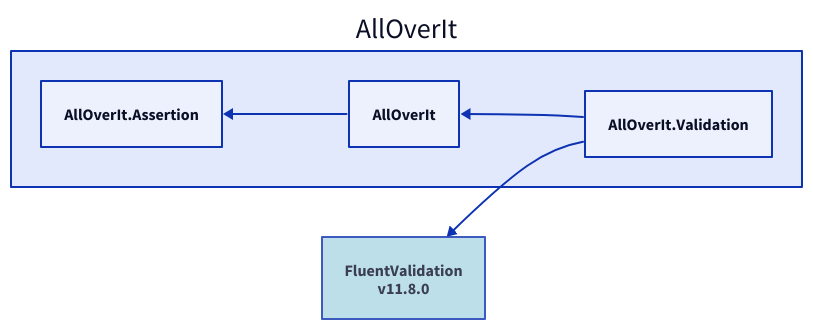
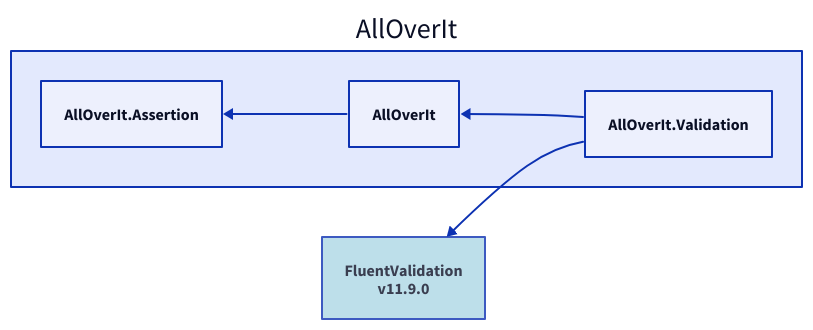
Before and after one commit to mjfreelancing/AllOverIt: the diagram in Docs/Reference/Content/images/dependencies/net8.0/alloverit-validation.d2, drawn with D2. The commit also changed 56 other files, not shown here.

```diff
--- a/Docs/Reference/Content/images/dependencies/net8.0/alloverit-validation.d2
+++ b/Docs/Reference/Content/images/dependencies/net8.0/alloverit-validation.d2
@@ -1,12 +1,12 @@
 direction: left
 
 aoi: AllOverIt
 aoi.alloverit-validation: AllOverIt.Validation
-fluentvalidation_11-8-0: FluentValidation\nv11.8.0
-fluentvalidation_11-8-0.style.fill: "#ADD8E6"
-fluentvalidation_11-8-0.style.opacity: 0.8
-fluentvalidation_11-8-0 <- aoi.alloverit-validation
+fluentvalidation_11-9-0: FluentValidation\nv11.9.0
+fluentvalidation_11-9-0.style.fill: "#ADD8E6"
+fluentvalidation_11-9-0.style.opacity: 0.8
+fluentvalidation_11-9-0 <- aoi.alloverit-validation
 aoi.alloverit: AllOverIt
 aoi.alloverit-assertion: AllOverIt.Assertion
 aoi.alloverit-assertion <- aoi.alloverit
 aoi.alloverit <- aoi.alloverit-validation
```
